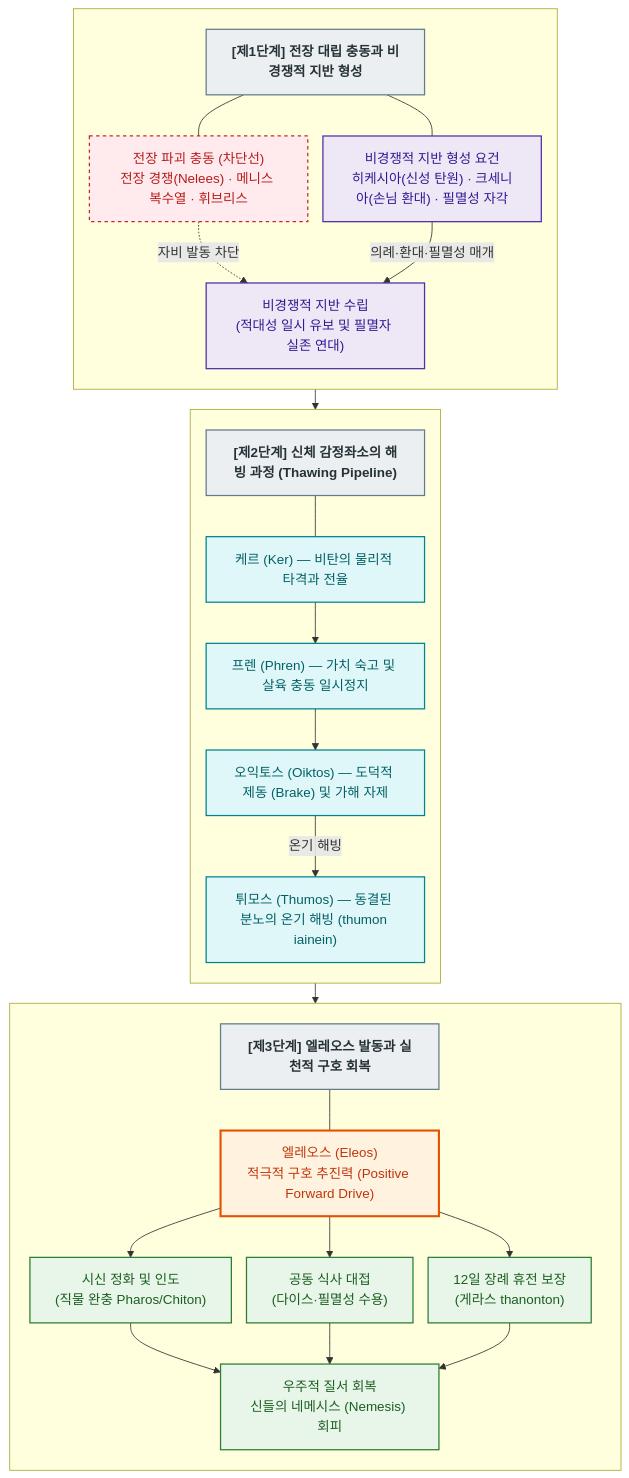
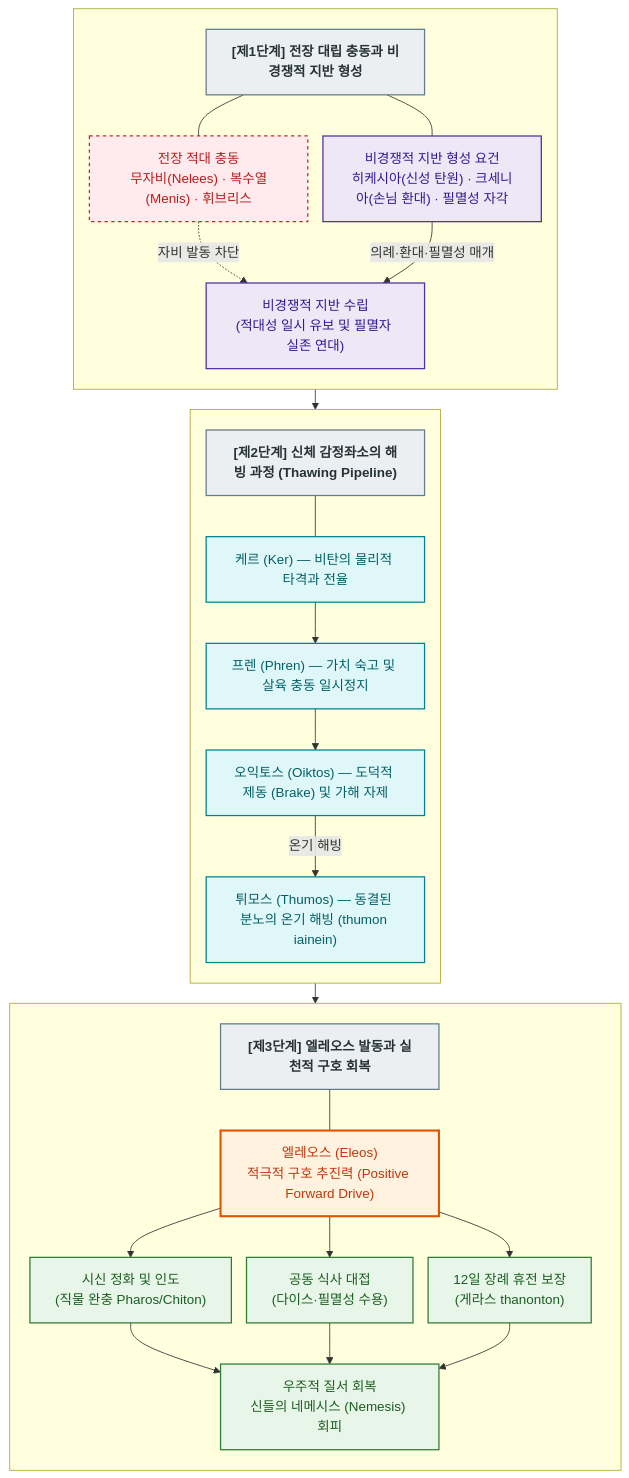
The diagram in wiki/concepts/concept-eleos.md (YgHnSIM/Homer_wiki), drawn with Mermaid before and after one commit. The commit also changed 1 other file, not shown here.

Commit message:
refactor(concepts): concept-eleos 머메이드 노드 표기 정제

````diff
--- a/wiki/concepts/concept-eleos.md
+++ b/wiki/concepts/concept-eleos.md
@@ -118,58 +118,58 @@
 ```mermaid
 %%{init: {'flowchart': {'useMaxWidth': true, 'nodeSpacing': 18, 'rankSpacing': 24}}}%%
 flowchart TD
     %% 스타일 정의
     classDef banner fill:#ECEFF1,stroke:#607D8B,stroke-width:1.5px,font-weight:bold,color:#263238;
     classDef core fill:#FFF3E0,stroke:#E65100,stroke-width:2.5px,color:#BF360C;
     classDef ground fill:#EDE7F6,stroke:#512DA8,stroke-width:1.5px,color:#311B92;
     classDef psyche fill:#E0F7FA,stroke:#00838F,stroke-width:1.5px,color:#006064;
     classDef action fill:#E8F5E9,stroke:#2E7D32,stroke-width:1.5px,color:#1B5E20;
     classDef oppose fill:#FFEBEE,stroke:#C62828,stroke-width:1.5px,stroke-dasharray: 4 4,color:#B71C1C;
 
     %% 1. 대립 충동과 비경쟁적 지반
     subgraph S1 [" "]
         direction TB
         T1["[제1단계] 전장 대립 충동과 비경쟁적 지반 형성"]:::banner
-        OPP["전장 파괴 충동 (차단선)<br/>전장 경쟁(Nelees) · 메니스 복수열 · 휘브리스"]:::oppose
+        OPP["전장 적대 충동<br/>무자비(Nelees) · 복수열(Menis) · 휘브리스"]:::oppose
         REQ["비경쟁적 지반 형성 요건<br/>히케시아(신성 탄원) · 크세니아(손님 환대) · 필멸성 자각"]:::ground
         GND["비경쟁적 지반 수립<br/>(적대성 일시 유보 및 필멸자 실존 연대)"]:::ground
 
         T1 --- OPP & REQ
         OPP -.->|"자비 발동 차단"| GND
         REQ -->|"의례·환대·필멸성 매개"| GND
     end
 
     %% 2. 신체 감정좌소의 해빙
     subgraph S2 [" "]
         direction TB
         T2["[제2단계] 신체 감정좌소의 해빙 과정 (Thawing Pipeline)"]:::banner
         KER["케르 (Ker) — 비탄의 물리적 타격과 전율"]:::psyche
         PH["프렌 (Phren) — 가치 숙고 및 살육 충동 일시정지"]:::psyche
         OIK["오익토스 (Oiktos) — 도덕적 제동 (Brake) 및 가해 자제"]:::psyche
         THU["튀모스 (Thumos) — 동결된 분노의 온기 해빙 (thumon iainein)"]:::psyche
 
         T2 --- KER
         KER --> PH
         PH --> OIK
         OIK -->|"온기 해빙"| THU
     end
 
     %% 3. 중심 추진력과 실천적 구호
     subgraph S3 [" "]
         direction TB
         T3["[제3단계] 엘레오스 발동과 실천적 구호 회복"]:::banner
         ELE["엘레오스 (Eleos)<br/>적극적 구호 추진력 (Positive Forward Drive)"]:::core
         ACT1["시신 정화 및 인도<br/>(직물 완충 Pharos/Chiton)"]:::action
         ACT2["공동 식사 대접<br/>(다이스·필멸성 수용)"]:::action
         ACT3["12일 장례 휴전 보장<br/>(게라스 thanonton)"]:::action
         SAN["우주적 질서 회복<br/>신들의 네메시스 (Nemesis) 회피"]:::action
 
         T3 --- ELE
         ELE --> ACT1 & ACT2 & ACT3
         ACT1 & ACT2 & ACT3 --> SAN
     end
 
     %% 단계 간 수직 파이프라인 연결
     GND --> T2
     THU --> T3
 ```
````
